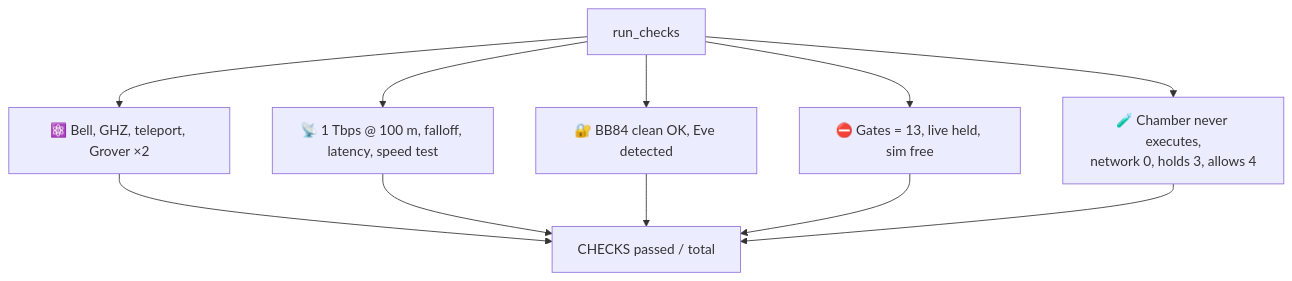
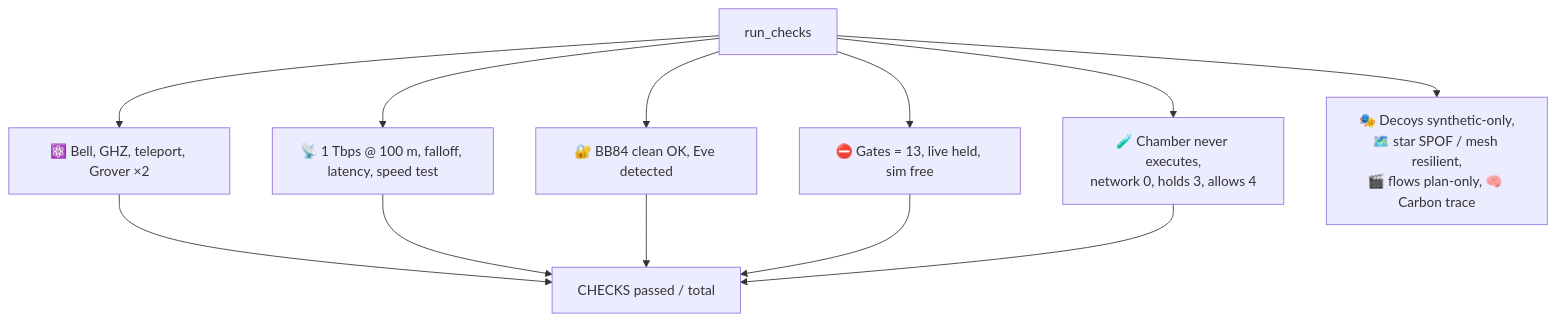
Diagram 14 of 15 in README.md (kimanicollier44-cmyk/Q6G-1TB), drawn with Mermaid before and after one commit. The commit also changed other lines of this file and 9 other files, not shown here.

Commit message:
Q6G-1TB v1.2.0: merge DI-MIXER + topology + Google Flow + Gemini Carbon 4 / Muse full seats - gates 16, pytest 21, CHECKS 24/24

````diff
--- a/README.md
+++ b/README.md
@@ -379,13 +445,14 @@
 ```mermaid
 flowchart TD
     A[run_checks] --> B[⚛️ Bell, GHZ, teleport, Grover ×2]
     A --> C[📡 1 Tbps @ 100 m, falloff, latency, speed test]
     A --> D[🔐 BB84 clean OK, Eve detected]
     A --> E[⛔ Gates = 13, live held, sim free]
     A --> F[🧪 Chamber never executes,<br/>network 0, holds 3, allows 4]
+    A --> I[🎭 Decoys synthetic-only,<br/>🗺️ star SPOF / mesh resilient,<br/>🎬 flows plan-only, 🧠 Carbon trace]
     B --> G[CHECKS passed / total]
     C --> G
     D --> G
     E --> G
     F --> G
 ```
````
